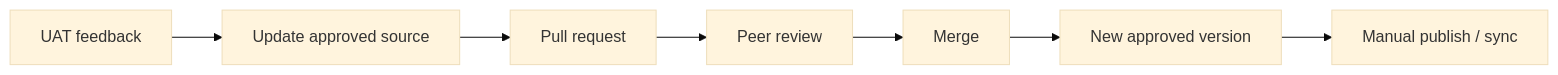
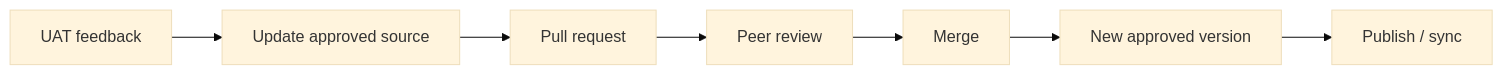
Before and after one commit to AHEAD-Labs/Platform-Skills: the third of 3 diagrams in README.md, drawn with Mermaid (base theme). The commit also changed other lines of this file and 13 other files, not shown here.

````diff
--- a/README.md
+++ b/README.md
@@ -114,9 +178,9 @@
 ```mermaid
 flowchart LR
     A["UAT feedback"] --> B["Update approved source"]
     B --> C["Pull request"]
     C --> D["Peer review"]
     D --> E["Merge"]
     E --> F["New approved version"]
-    F --> G["Manual publish / sync"]
+    F --> G["Publish / sync"]
 ```
````
